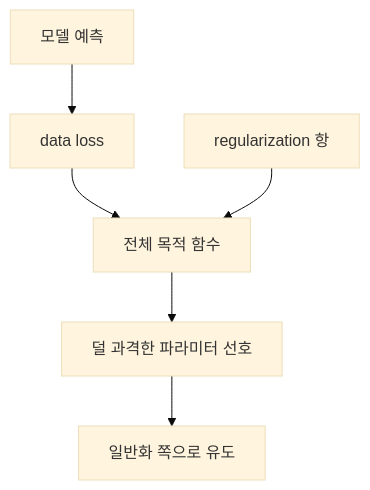
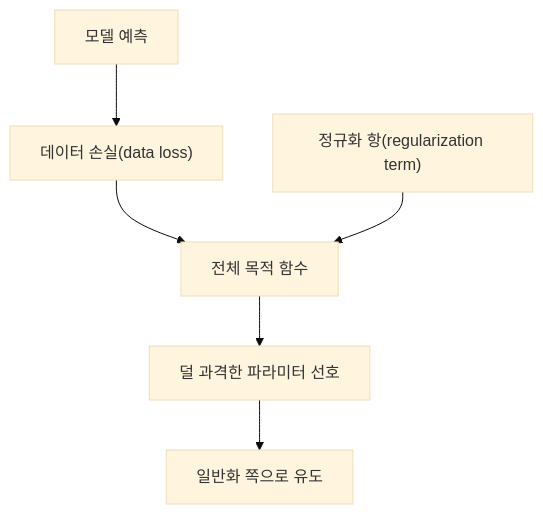
The diagram in docs/assets/part-05/chapter-08/regularization-role-flow-ko.mmd (devchan64/AiBook), drawn with Mermaid (base theme) before and after one commit. The commit also changed 105 other files, not shown here.

```diff
--- a/docs/assets/part-05/chapter-08/regularization-role-flow-ko.mmd
+++ b/docs/assets/part-05/chapter-08/regularization-role-flow-ko.mmd
@@ -1,13 +1,13 @@
 flowchart TD
   A["모델 예측"]
-  B["data loss"]
-  C["regularization 항"]
+  B["데이터 손실(data loss)"]
+  C["정규화 항(regularization term)"]
   D["전체 목적 함수"]
   E["덜 과격한 파라미터 선호"]
   F["일반화 쪽으로 유도"]
 
   A --> B
   B --> D
   C --> D
   D --> E
   E --> F
```
